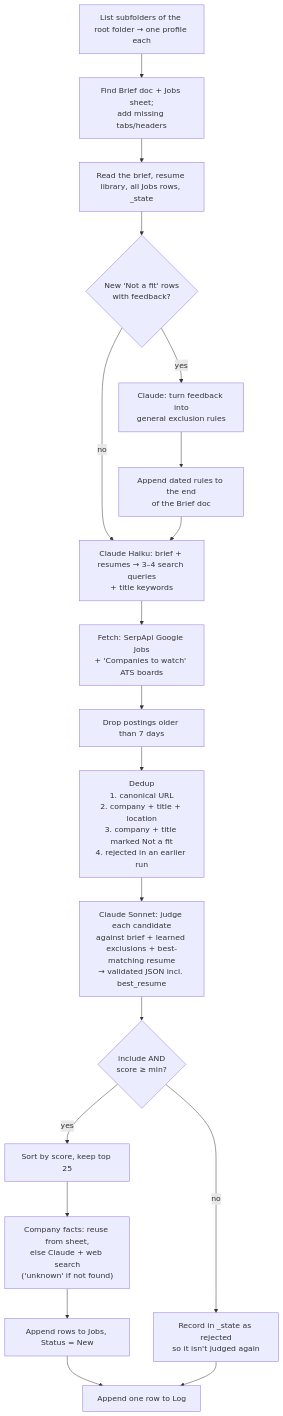
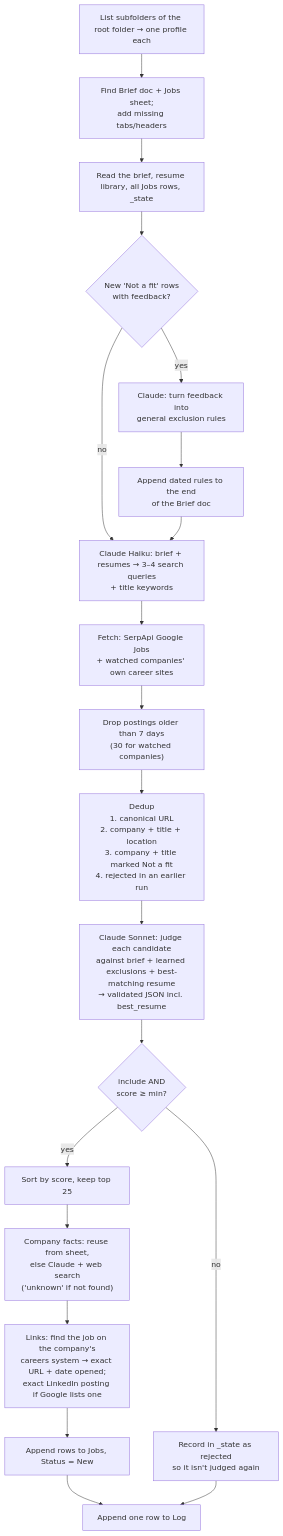
The second of 5 diagrams in docs/ARCHITECTURE.md (juliavasan/job-scout), drawn with Mermaid before and after one commit. The commit also changed other lines of this file and 12 other files, not shown here.

First line of the commit message:
Find jobs on companies' own career sites; exact links and opening dates

````diff
--- a/docs/ARCHITECTURE.md
+++ b/docs/ARCHITECTURE.md
@@ -62,21 +62,22 @@
 ```mermaid
 flowchart TD
     A["List subfolders of the root folder → one profile each"] --> A2["Find Brief doc + Jobs sheet;<br/>add missing tabs/headers"]
     A2 --> B["Read the brief, resume library, all Jobs rows, _state"]
     B --> C{"New 'Not a fit' rows<br/>with feedback?"}
     C -- yes --> D["Claude: turn feedback into<br/>general exclusion rules"]
     D --> E["Append dated rules to the end<br/>of the Brief doc"]
     C -- no --> F
     E --> F["Claude Haiku: brief + resumes → 3–4 search queries<br/>+ title keywords"]
-    F --> G["Fetch: SerpApi Google Jobs<br/>+ 'Companies to watch' ATS boards"]
-    G --> H["Drop postings older than 7 days"]
+    F --> G["Fetch: SerpApi Google Jobs<br/>+ watched companies' own career sites"]
+    G --> H["Drop postings older than 7 days<br/>(30 for watched companies)"]
     H --> I["Dedup<br/>1. canonical URL<br/>2. company + title + location<br/>3. company + title marked Not a fit<br/>4. rejected in an earlier run"]
     I --> J["Claude Sonnet: judge each candidate<br/>against brief + learned exclusions + best-matching resume<br/>→ validated JSON incl. best_resume"]
     J --> K{"include AND<br/>score ≥ min?"}
     K -- no --> L["Record in _state as rejected<br/>so it isn't judged again"]
     K -- yes --> M["Sort by score, keep top 25"]
     M --> N["Company facts: reuse from sheet,<br/>else Claude + web search<br/>('unknown' if not found)"]
-    N --> O["Append rows to Jobs, Status = New"]
+    N --> N2["Links: find the job on the company's<br/>careers system → exact URL + date opened;<br/>exact LinkedIn posting if Google lists one"]
+    N2 --> O["Append rows to Jobs, Status = New"]
     O --> P["Append one row to Log"]
     L --> P
 ```
````
